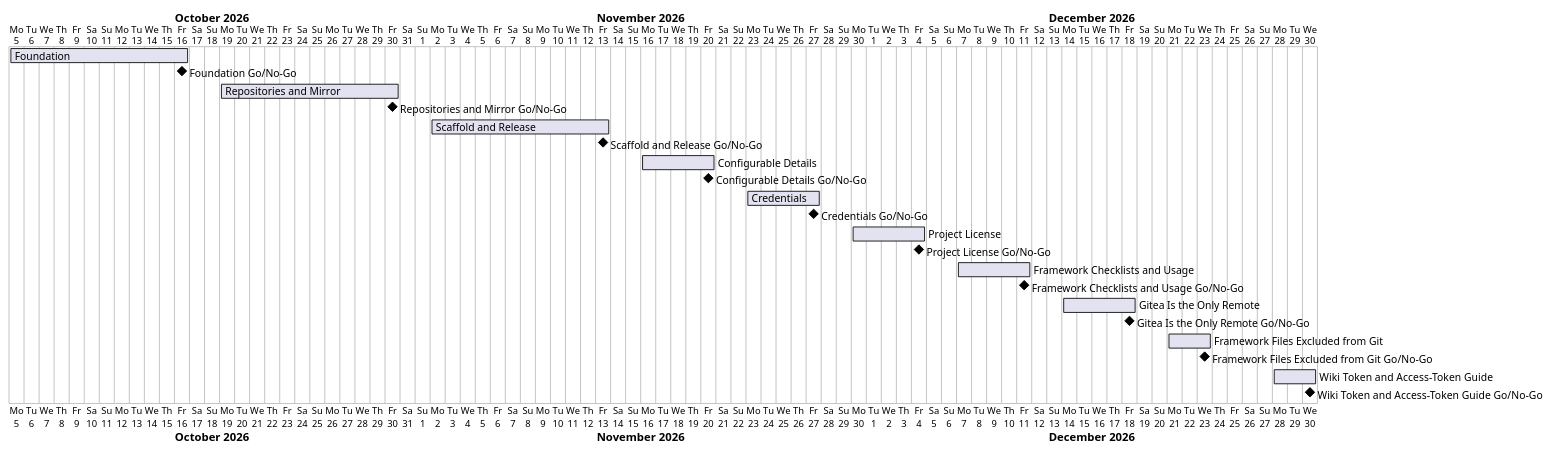
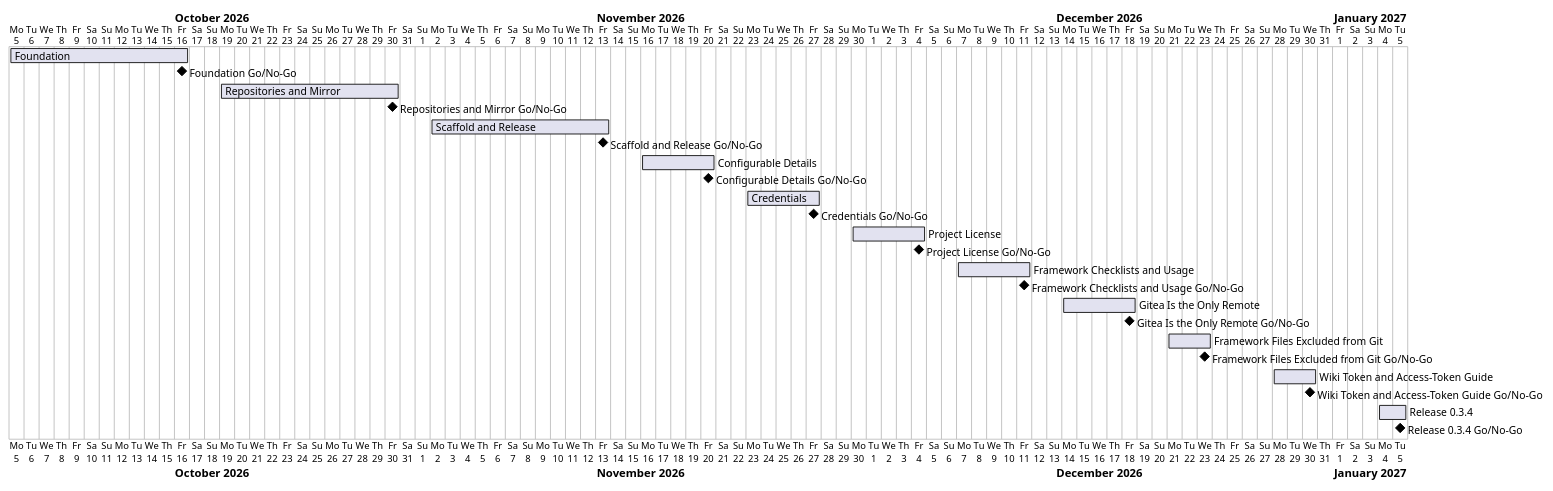
The diagram in docs/project-plan.md (TirSystem-BashScript/RepoFoundry), drawn with PlantUML before and after one commit. The commit also changed other lines of this file and 5 other files, not shown here.

````diff
--- a/docs/project-plan.md
+++ b/docs/project-plan.md
@@ -43,25 +44,27 @@
 ```plantuml
 @startgantt
 Project starts 2026-10-05
 [Foundation] starts 2026-10-05 and ends 2026-10-16
 [Foundation Go/No-Go] happens 2026-10-16
 [Repositories and Mirror] starts 2026-10-19 and ends 2026-10-30
 [Repositories and Mirror Go/No-Go] happens 2026-10-30
 [Scaffold and Release] starts 2026-11-02 and ends 2026-11-13
 [Scaffold and Release Go/No-Go] happens 2026-11-13
 [Configurable Details] starts 2026-11-16 and ends 2026-11-20
 [Configurable Details Go/No-Go] happens 2026-11-20
 [Credentials] starts 2026-11-23 and ends 2026-11-27
 [Credentials Go/No-Go] happens 2026-11-27
 [Project License] starts 2026-11-30 and ends 2026-12-04
 [Project License Go/No-Go] happens 2026-12-04
 [Framework Checklists and Usage] starts 2026-12-07 and ends 2026-12-11
 [Framework Checklists and Usage Go/No-Go] happens 2026-12-11
 [Gitea Is the Only Remote] starts 2026-12-14 and ends 2026-12-18
 [Gitea Is the Only Remote Go/No-Go] happens 2026-12-18
 [Framework Files Excluded from Git] starts 2026-12-21 and ends 2026-12-23
 [Framework Files Excluded from Git Go/No-Go] happens 2026-12-23
 [Wiki Token and Access-Token Guide] starts 2026-12-28 and ends 2026-12-30
 [Wiki Token and Access-Token Guide Go/No-Go] happens 2026-12-30
+[Release 0.3.4] starts 2027-01-04 and ends 2027-01-05
+[Release 0.3.4 Go/No-Go] happens 2027-01-05
 @endgantt
 ```
````
